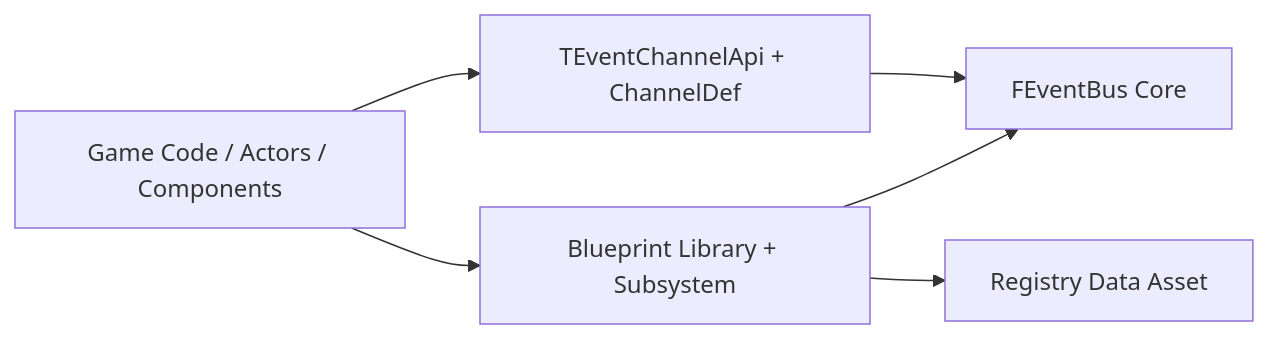
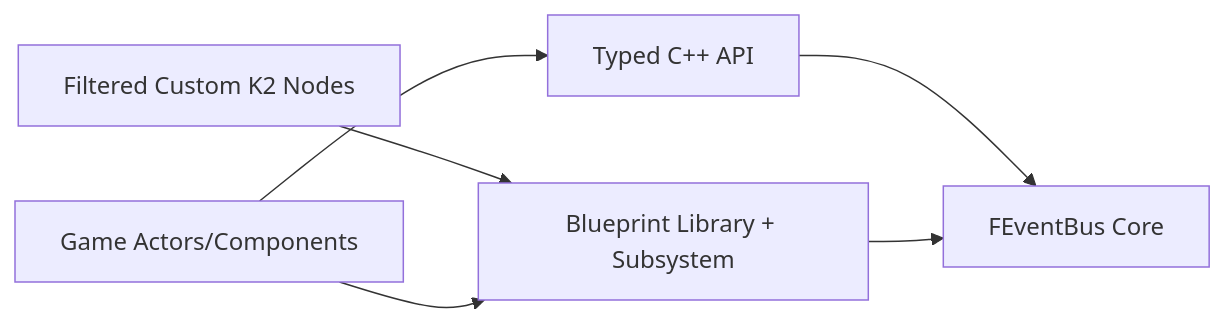
The first of 2 diagrams in README.md (NickF93/UEEventBus), drawn with Mermaid before and after one commit. The commit also changed other lines of this file and 33 other files, not shown here.

Commit message:
Added custom node and removed the registry: it was too pedantic to add a single event channell...

````diff
--- a/README.md
+++ b/README.md
@@ -55,14 +41,8 @@
 ```mermaid
 flowchart LR
-    Core[FEventBus Core]
-    Typed[TEventChannelApi + ChannelDef]
-    BP[Blueprint Library + Subsystem]
-    Registry[Registry Data Asset]
-    Game[Game Code / Actors / Components]
-
-    Typed --> Core
-    BP --> Core
-    BP --> Registry
-    Game --> Typed
+    Typed[Typed C++ API] --> Core[FEventBus Core]
+    BP[Blueprint Library + Subsystem] --> Core
+    Editor[Filtered Custom K2 Nodes] --> BP
+    Game[Game Actors/Components] --> Typed
     Game --> BP
 ```
````
